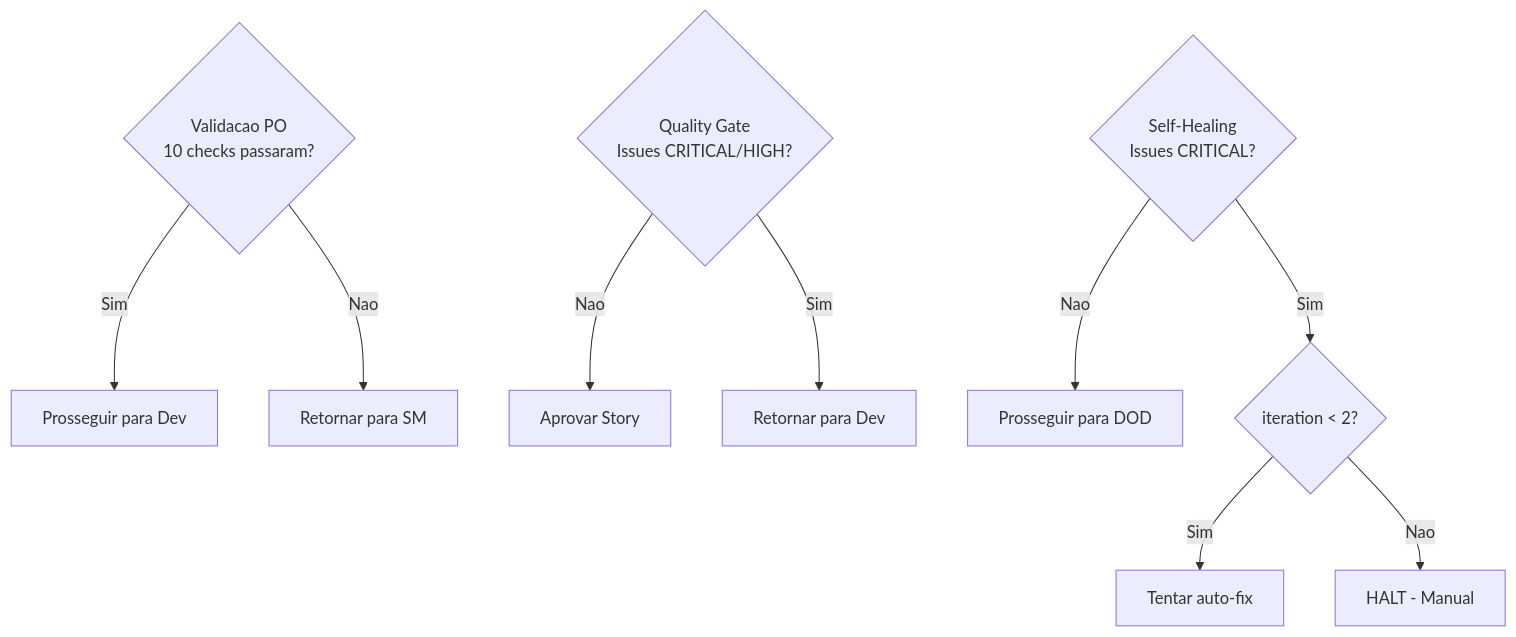
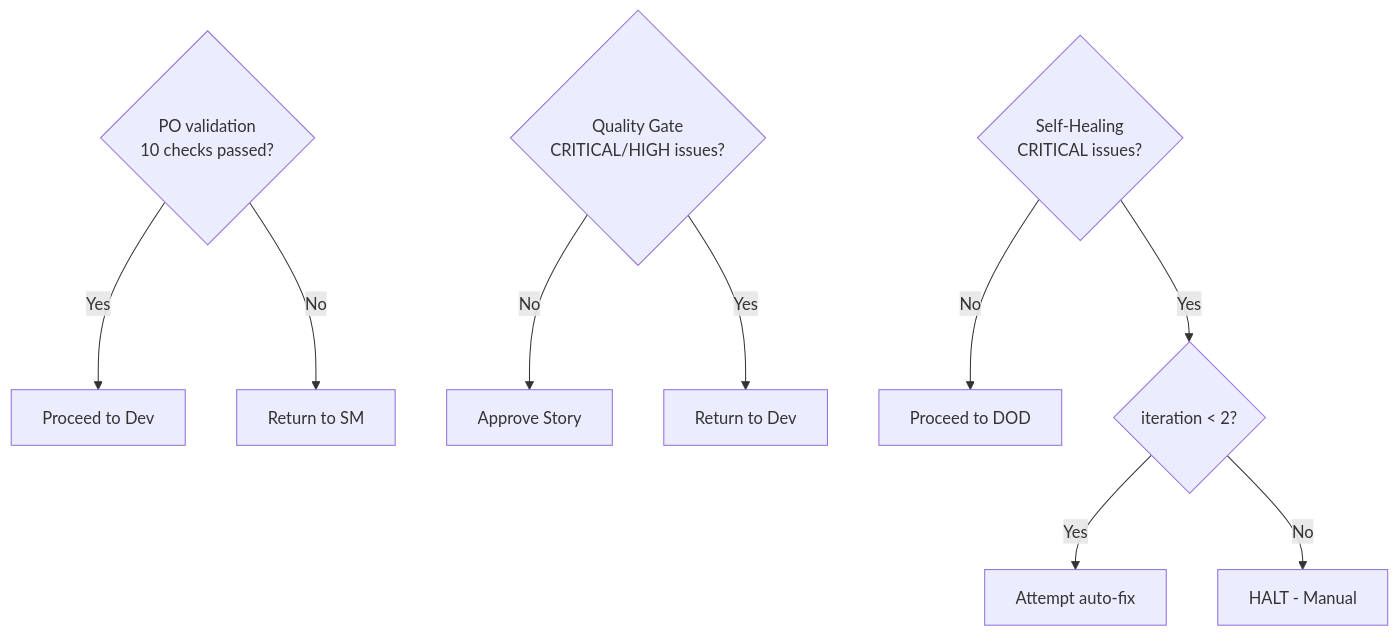
One commit to CyryxLabs/AEXOS changed the seventh of 7 diagrams in docs/guides/workflows/STORY-DEVELOPMENT-CYCLE-WORKFLOW.md. Above: the diagram before and after it, drawn with Mermaid. The commit also changed other lines of this file and 528 other files, not shown here.

````diff
--- a/docs/guides/workflows/STORY-DEVELOPMENT-CYCLE-WORKFLOW.md
+++ b/docs/guides/workflows/STORY-DEVELOPMENT-CYCLE-WORKFLOW.md
@@ -612,16 +612,16 @@
 ```mermaid
 graph TD
-    D1{Validacao PO<br/>10 checks passaram?}
-    D1 -->|Sim| CONTINUE1[Prosseguir para Dev]
-    D1 -->|Nao| RETURN1[Retornar para SM]
+    D1{PO validation<br/>10 checks passed?}
+    D1 -->|Yes| CONTINUE1[Proceed to Dev]
+    D1 -->|No| RETURN1[Return to SM]
 
-    D2{Quality Gate<br/>Issues CRITICAL/HIGH?}
-    D2 -->|Nao| CONTINUE2[Aprovar Story]
-    D2 -->|Sim| RETURN2[Retornar para Dev]
+    D2{Quality Gate<br/>CRITICAL/HIGH issues?}
+    D2 -->|No| CONTINUE2[Approve Story]
+    D2 -->|Yes| RETURN2[Return to Dev]
 
-    D3{Self-Healing<br/>Issues CRITICAL?}
-    D3 -->|Nao| CONTINUE3[Prosseguir para DOD]
-    D3 -->|Sim| D4{iteration < 2?}
-    D4 -->|Sim| FIX[Tentar auto-fix]
-    D4 -->|Nao| HALT[HALT - Manual]
+    D3{Self-Healing<br/>CRITICAL issues?}
+    D3 -->|No| CONTINUE3[Proceed to DOD]
+    D3 -->|Yes| D4{iteration < 2?}
+    D4 -->|Yes| FIX[Attempt auto-fix]
+    D4 -->|No| HALT[HALT - Manual]
 ```
````
